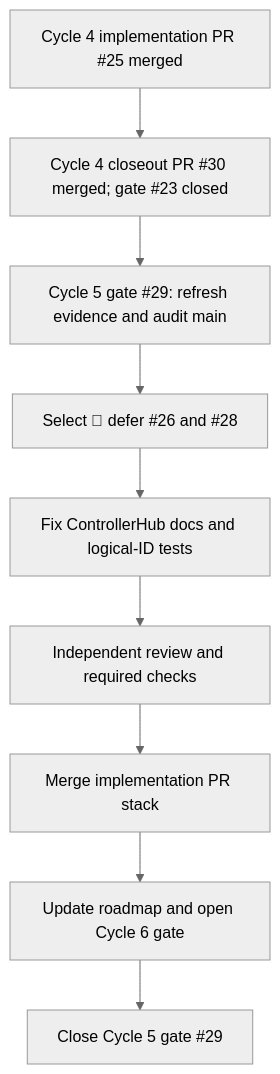
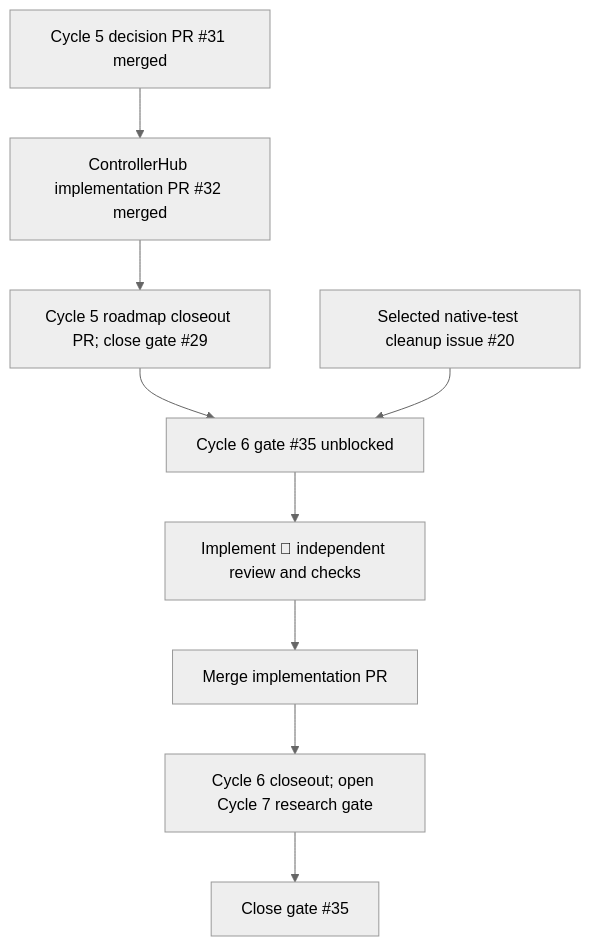
The first of 5 diagrams in docs/roadmap/ai-gaming-opportunities.md (SYMBaiEX/OpenController), drawn with Mermaid (neutral theme) before and after one commit. The commit also changed other lines of this file, not shown here.

Commit message:
docs: close cycle 5 and open cycle 6 gate

````diff
--- a/docs/roadmap/ai-gaming-opportunities.md
+++ b/docs/roadmap/ai-gaming-opportunities.md
@@ -161,11 +161,11 @@
 ```mermaid
 flowchart TD
-  A[Cycle 4 implementation PR #25 merged] --> B[Cycle 4 closeout PR #30 merged; gate #23 closed]
-  B --> C[Cycle 5 gate #29: refresh evidence and audit main]
-  C --> D[Select #27; defer #26 and #28]
-  D --> E[Fix ControllerHub docs and logical-ID tests]
-  E --> F[Independent review and required checks]
-  F --> G[Merge implementation PR stack]
-  G --> H[Update roadmap and open Cycle 6 gate]
-  H --> I[Close Cycle 5 gate #29]
+  A[Cycle 5 decision PR #31 merged] --> B[ControllerHub implementation PR #32 merged]
+  B --> C[Cycle 5 roadmap closeout PR; close gate #29]
+  C --> D[Cycle 6 gate #35 unblocked]
+  E[Selected native-test cleanup issue #20] --> D
+  D --> F[Implement #20; independent review and checks]
+  F --> G[Merge implementation PR]
+  G --> H[Cycle 6 closeout; open Cycle 7 research gate]
+  H --> I[Close gate #35]
 ```
````
